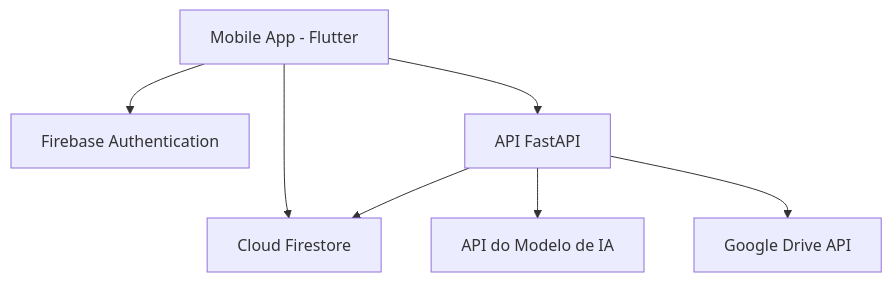
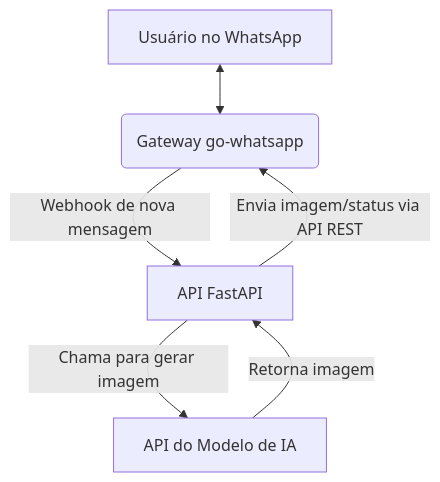
The diagram in .kilocode/rules/memory-bank/brief.md (joaosnet/klique-api), drawn with Mermaid before and after one commit. The commit also changed other lines of this file and 9 other files, not shown here.

Commit message:
feat: Refatorar a arquitetura do Klique WhatsApp Bot, integrando o serviço de geração de imagens e webhooks do WhatsApp

````diff
--- a/.kilocode/rules/memory-bank/brief.md
+++ b/.kilocode/rules/memory-bank/brief.md
@@ -22,9 +18,8 @@
 ```mermaid
 graph TD
-    A[Mobile App - Flutter] --> B[Firebase Authentication]
-    A --> C[Cloud Firestore]
-    A --> D[API FastAPI]
-    D --> E[API do Modelo de IA]
-    D --> F[Google Drive API]
-    D --> C
+    A[Usuário no WhatsApp] <--> B(Gateway go-whatsapp)
+    B -->|Webhook de nova mensagem| C[API FastAPI]
+    C -->|Chama para gerar imagem| D[API do Modelo de IA]
+    D -->|Retorna imagem| C
+    C -->|Envia imagem/status via API REST| B
 ```
````
